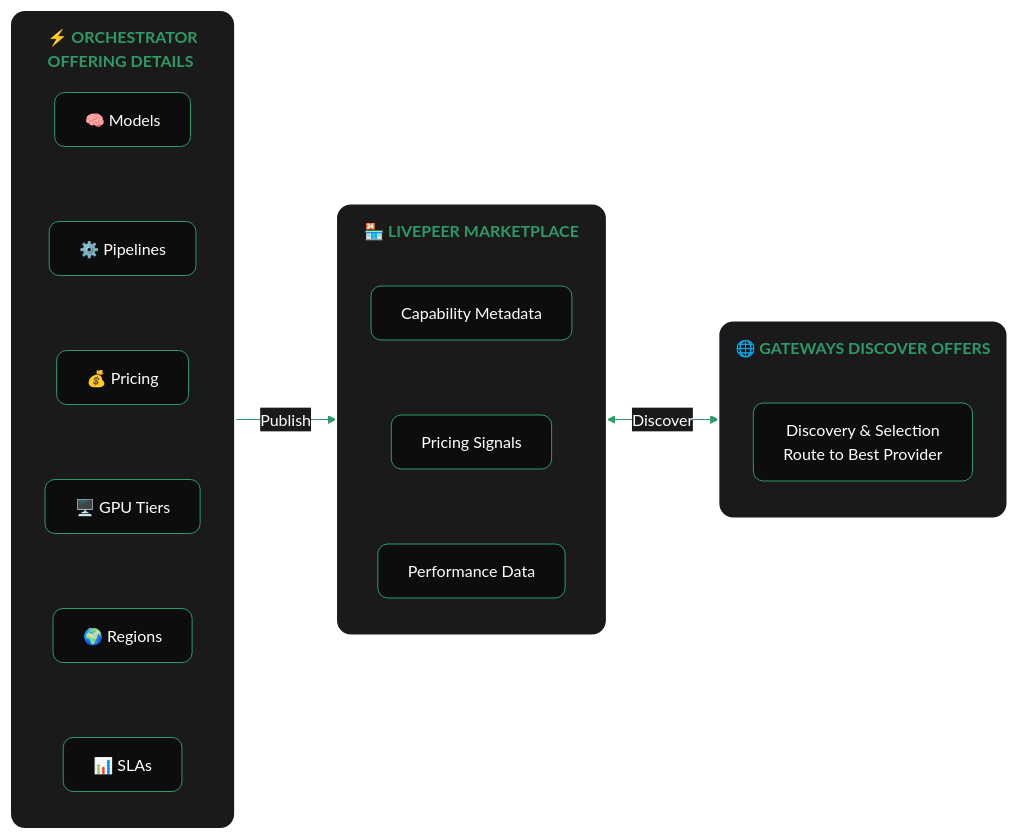
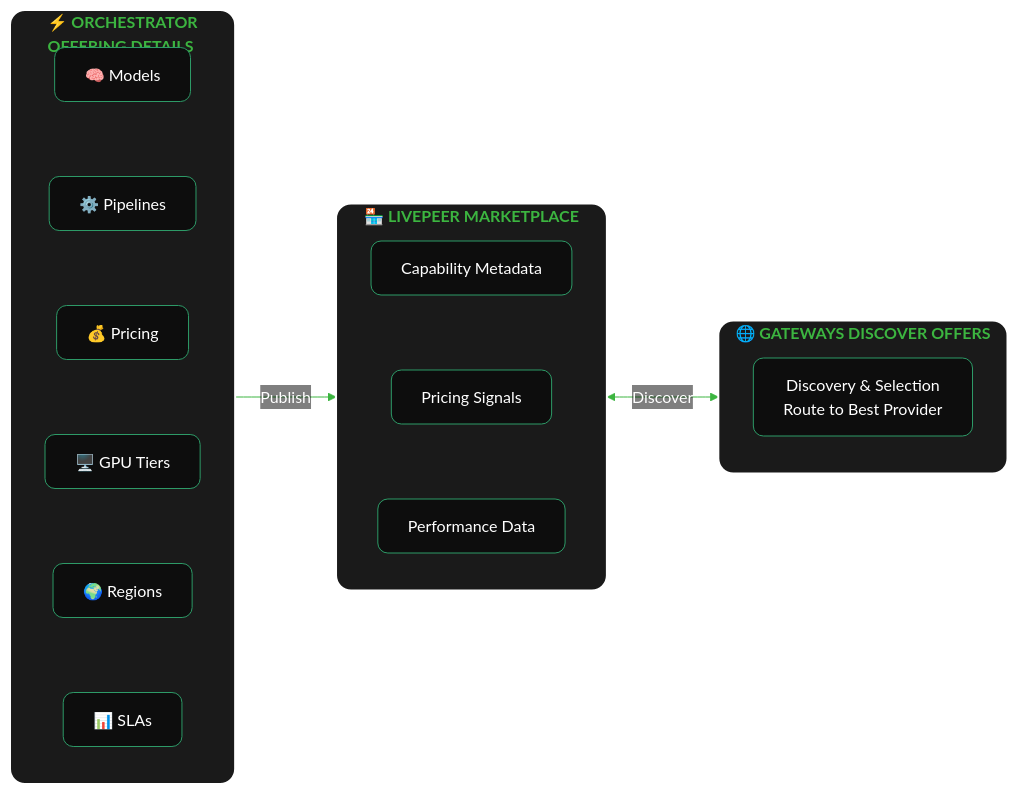
One commit to its-DeFine/docs changed the second of 2 diagrams in v2/gateways/guides/advanced-operations/x-resources/ctx-new--lp-marketplace.mdx. Above: the diagram before and after it, drawn with Mermaid. The commit also changed other lines of this file and 87 other files, not shown here.

````diff
--- a/v2/gateways/guides/advanced-operations/x-resources/ctx-new--lp-marketplace.mdx
+++ b/v2/gateways/guides/advanced-operations/x-resources/ctx-new--lp-marketplace.mdx
@@ -186,64 +162,43 @@
 ```mermaid
-%%{init: {
-  'theme': 'base',
-  'themeVariables': {
-    'primaryColor': '#1a1a1a',
-    'primaryTextColor': '#ffffff',
-    'primaryBorderColor': '#ffffff',
-    'lineColor': '#2d9a67',
-    'titleColor': '#2d9a67',
-    'background': '#0d0d0d',
-    'clusterBkg': '#1a1a1a',
-    'clusterBorder': '#ffffff',
-    'textColor': '#2d9a67'
-  },
-  'flowchart': {
-    'useMaxWidth': true,
-    'htmlLabels': true,
-    'subGraphTitleMargin': {
-      'top': 15,
-      'bottom': 30
-    }
-  }
-}}%%
+%%{init: {'theme': 'base', 'themeVariables': {'primaryColor': '#18794E', 'primaryTextColor': '#fff', 'primaryBorderColor': '#3CB540', 'lineColor': '#3CB540', 'mainBkg': '#18794E', 'nodeBorder': '#3CB540', 'clusterBkg': 'transparent', 'clusterBorder': '#3CB540', 'titleColor': '#3CB540', 'edgeLabelBackground': 'transparent', 'textColor': '#3CB540', 'nodeTextColor': '#fff'}}}%%
 flowchart LR
     subgraph Orchestrators["<b>⚡&nbsp;ORCHESTRATOR<br/>OFFERING&nbsp;DETAILS</b>"]
         O1["🧠 Models"]
         O2["⚙️ Pipelines"]
         O3["💰 Pricing"]
         O4["🖥️ GPU Tiers"]
         O5["🌍 Regions"]
         O6["📊 SLAs"]
         O1 ~~~ O2 ~~~ O3 ~~~ O4 ~~~ O5 ~~~ O6
     end
 
     subgraph Marketplace["<b>🏪&nbsp;LIVEPEER&nbsp;MARKETPLACE</b>"]
         MP1["Capability Metadata"]
         MP2["Pricing Signals"]
         MP3["Performance Data"]
         MP1 ~~~ MP2 ~~~ MP3
     end
 
     subgraph Gateways["<b>🌐&nbsp;GATEWAYS&nbsp;DISCOVER&nbsp;OFFERS</b>"]
         GW["Discovery & Selection<br/>Route to Best Provider"]
     end
 
     Orchestrators -->|Publish| Marketplace
     Marketplace <-->|Discover| Gateways
 
     style Orchestrators fill:#1a1a1a,stroke:#ffffff,stroke-width:2px,rx:15,ry:15
     style Marketplace fill:#1a1a1a,stroke:#ffffff,stroke-width:2px,rx:15,ry:15
     style Gateways fill:#1a1a1a,stroke:#ffffff,stroke-width:2px,rx:15,ry:15
 
     style GW fill:#0d0d0d,stroke:#2d9a67,stroke-width:1px,rx:10,ry:10
     style MP1 fill:#0d0d0d,stroke:#2d9a67,stroke-width:1px,rx:10,ry:10
     style MP2 fill:#0d0d0d,stroke:#2d9a67,stroke-width:1px,rx:10,ry:10
     style MP3 fill:#0d0d0d,stroke:#2d9a67,stroke-width:1px,rx:10,ry:10
     style O1 fill:#0d0d0d,stroke:#2d9a67,stroke-width:1px,rx:10,ry:10
     style O2 fill:#0d0d0d,stroke:#2d9a67,stroke-width:1px,rx:10,ry:10
     style O3 fill:#0d0d0d,stroke:#2d9a67,stroke-width:1px,rx:10,ry:10
     style O4 fill:#0d0d0d,stroke:#2d9a67,stroke-width:1px,rx:10,ry:10
     style O5 fill:#0d0d0d,stroke:#2d9a67,stroke-width:1px,rx:10,ry:10
     style O6 fill:#0d0d0d,stroke:#2d9a67,stroke-width:1px,rx:10,ry:10
 
 ```
````
